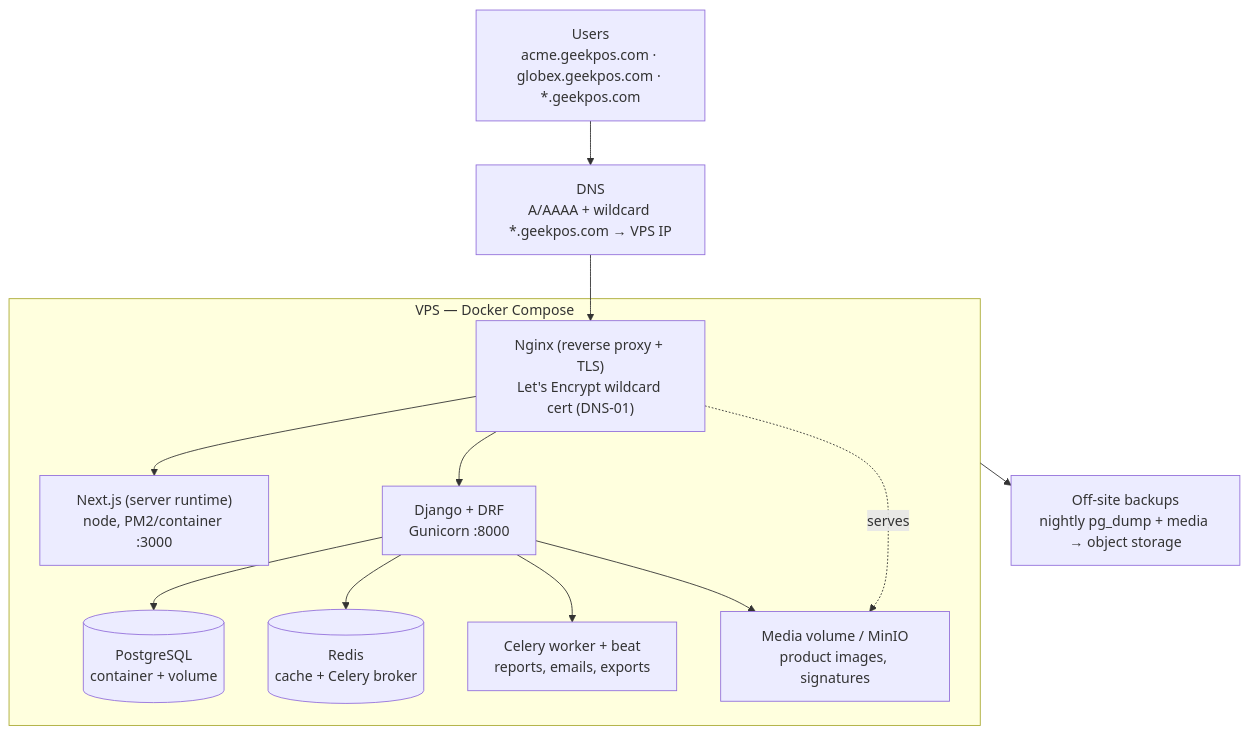
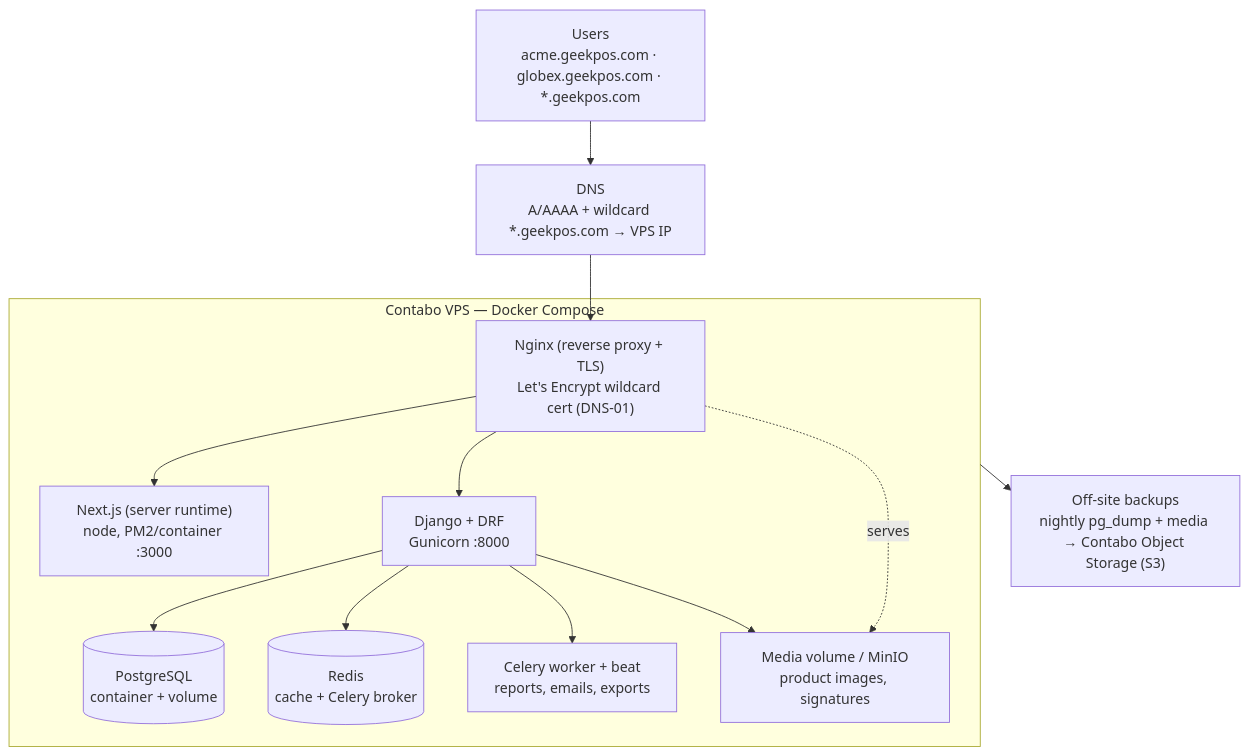
Before and after one commit to MusfiqDehan/PoS-ERP-System-Frontend: the second of 3 diagrams in SAAS_PLAN.md, drawn with Mermaid. The commit also changed other lines of this file and 1 other file, not shown here.

Commit message:
docs: lock hosting decision to Contabo VPS with provider-specific guidance

````diff
--- a/SAAS_PLAN.md
+++ b/SAAS_PLAN.md
@@ -171,15 +184,15 @@
 ```mermaid
 graph TD
     U["Users<br/>acme.geekpos.com · globex.geekpos.com · *.geekpos.com"] --> DNS["DNS<br/>A/AAAA + wildcard *.geekpos.com → VPS IP"]
     DNS --> NG["Nginx (reverse proxy + TLS)<br/>Let's Encrypt wildcard cert (DNS-01)"]
-    subgraph VPS["VPS — Docker Compose"]
+    subgraph VPS["Contabo VPS — Docker Compose"]
       NG --> FE["Next.js (server runtime)<br/>node, PM2/container :3000"]
       NG --> API["Django + DRF<br/>Gunicorn :8000"]
       API --> PG[("PostgreSQL<br/>container + volume")]
       API --> RD[("Redis<br/>cache + Celery broker")]
       API --> CEL["Celery worker + beat<br/>reports, emails, exports"]
       API --> MED["Media volume / MinIO<br/>product images, signatures"]
     end
     NG -.serves.-> MED
-    VPS --> BK["Off-site backups<br/>nightly pg_dump + media → object storage"]
+    VPS --> BK["Off-site backups<br/>nightly pg_dump + media → Contabo Object Storage (S3)"]
 ```
````
